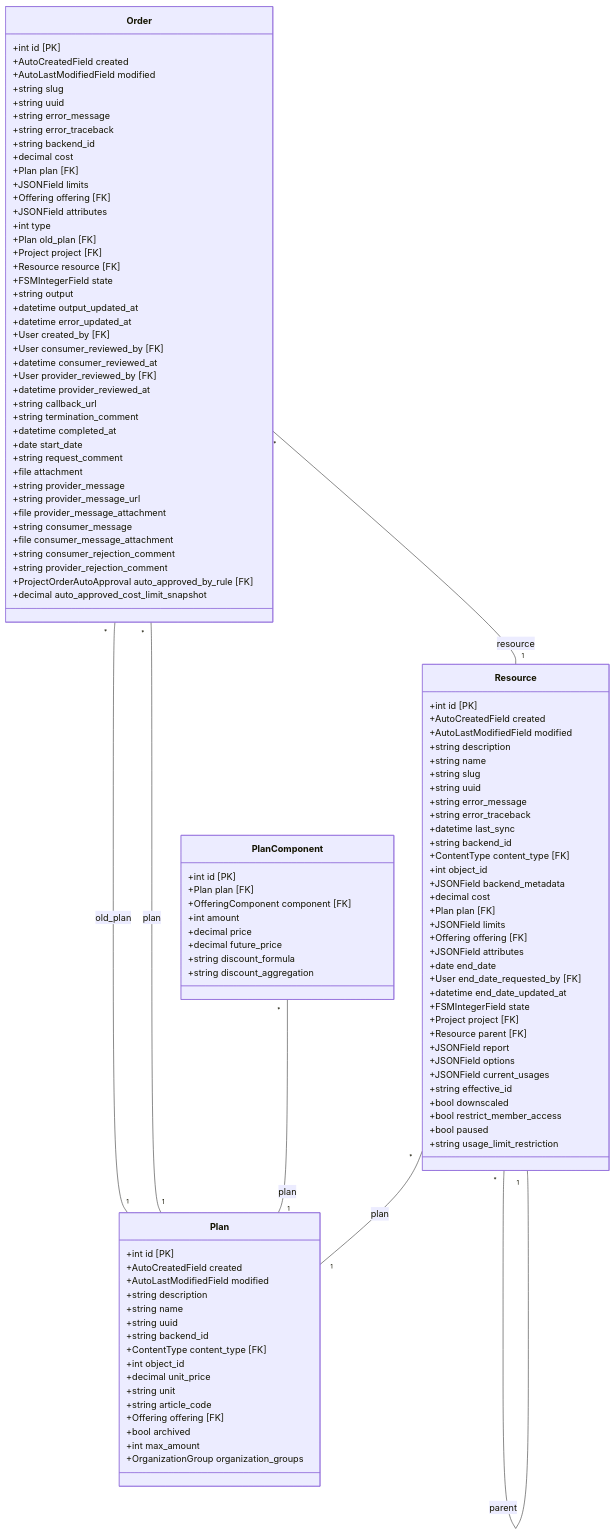
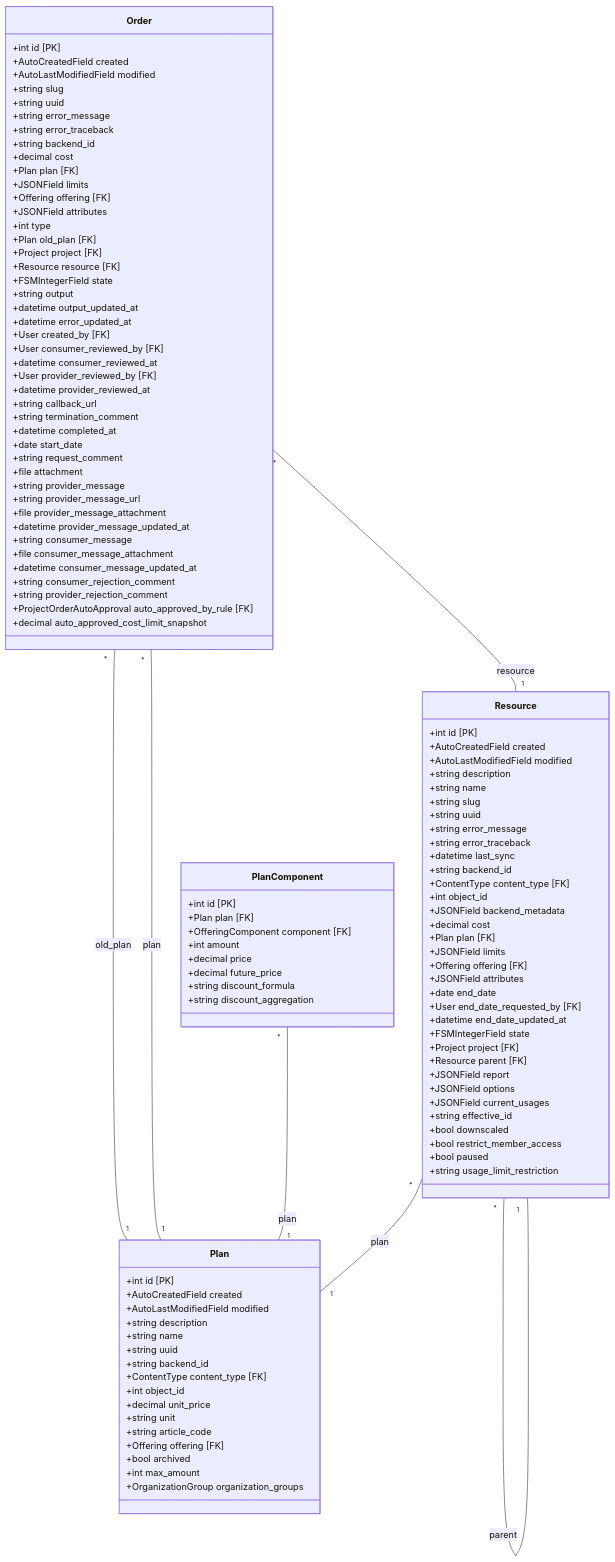
Before and after one commit to waldur/waldur-mastermind: the diagram in docs/marketplace_provision.mmd, drawn with Mermaid. The commit also changed 1 other file, not shown here.

```diff
--- a/docs/marketplace_provision.mmd
+++ b/docs/marketplace_provision.mmd
@@ -1,114 +1,116 @@
 classDiagram
     direction TB
     class Plan {
         +int id [PK]
         +AutoCreatedField created
         +AutoLastModifiedField modified
         +string description
         +string name
         +string uuid
         +string backend_id
         +ContentType content_type [FK]
         +int object_id
         +decimal unit_price
         +string unit
         +string article_code
         +Offering offering [FK]
         +bool archived
         +int max_amount
         +OrganizationGroup organization_groups
     }
     class PlanComponent {
         +int id [PK]
         +Plan plan [FK]
         +OfferingComponent component [FK]
         +int amount
         +decimal price
         +decimal future_price
         +string discount_formula
         +string discount_aggregation
     }
     class Resource {
         +int id [PK]
         +AutoCreatedField created
         +AutoLastModifiedField modified
         +string description
         +string name
         +string slug
         +string uuid
         +string error_message
         +string error_traceback
         +datetime last_sync
         +string backend_id
         +ContentType content_type [FK]
         +int object_id
         +JSONField backend_metadata
         +decimal cost
         +Plan plan [FK]
         +JSONField limits
         +Offering offering [FK]
         +JSONField attributes
         +date end_date
         +User end_date_requested_by [FK]
         +datetime end_date_updated_at
         +FSMIntegerField state
         +Project project [FK]
         +Resource parent [FK]
         +JSONField report
         +JSONField options
         +JSONField current_usages
         +string effective_id
         +bool downscaled
         +bool restrict_member_access
         +bool paused
         +string usage_limit_restriction
     }
     class Order {
         +int id [PK]
         +AutoCreatedField created
         +AutoLastModifiedField modified
         +string slug
         +string uuid
         +string error_message
         +string error_traceback
         +string backend_id
         +decimal cost
         +Plan plan [FK]
         +JSONField limits
         +Offering offering [FK]
         +JSONField attributes
         +int type
         +Plan old_plan [FK]
         +Project project [FK]
         +Resource resource [FK]
         +FSMIntegerField state
         +string output
         +datetime output_updated_at
         +datetime error_updated_at
         +User created_by [FK]
         +User consumer_reviewed_by [FK]
         +datetime consumer_reviewed_at
         +User provider_reviewed_by [FK]
         +datetime provider_reviewed_at
         +string callback_url
         +string termination_comment
         +datetime completed_at
         +date start_date
         +string request_comment
         +file attachment
         +string provider_message
         +string provider_message_url
         +file provider_message_attachment
+        +datetime provider_message_updated_at
         +string consumer_message
         +file consumer_message_attachment
+        +datetime consumer_message_updated_at
         +string consumer_rejection_comment
         +string provider_rejection_comment
         +ProjectOrderAutoApproval auto_approved_by_rule [FK]
         +decimal auto_approved_cost_limit_snapshot
     }
     Order "*" -- "1" Plan : old_plan
     Order "*" -- "1" Plan : plan
     Order "*" -- "1" Resource : resource
     PlanComponent "*" -- "1" Plan : plan
     Resource "*" -- "1" Plan : plan
     Resource "*" -- "1" Resource : parent
```
